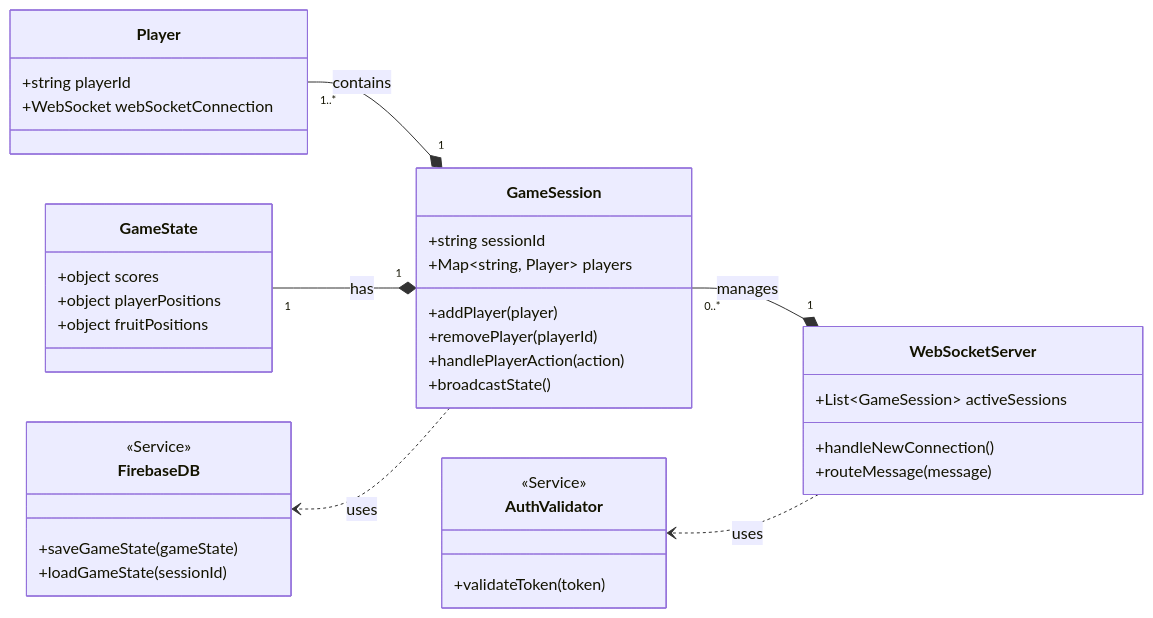
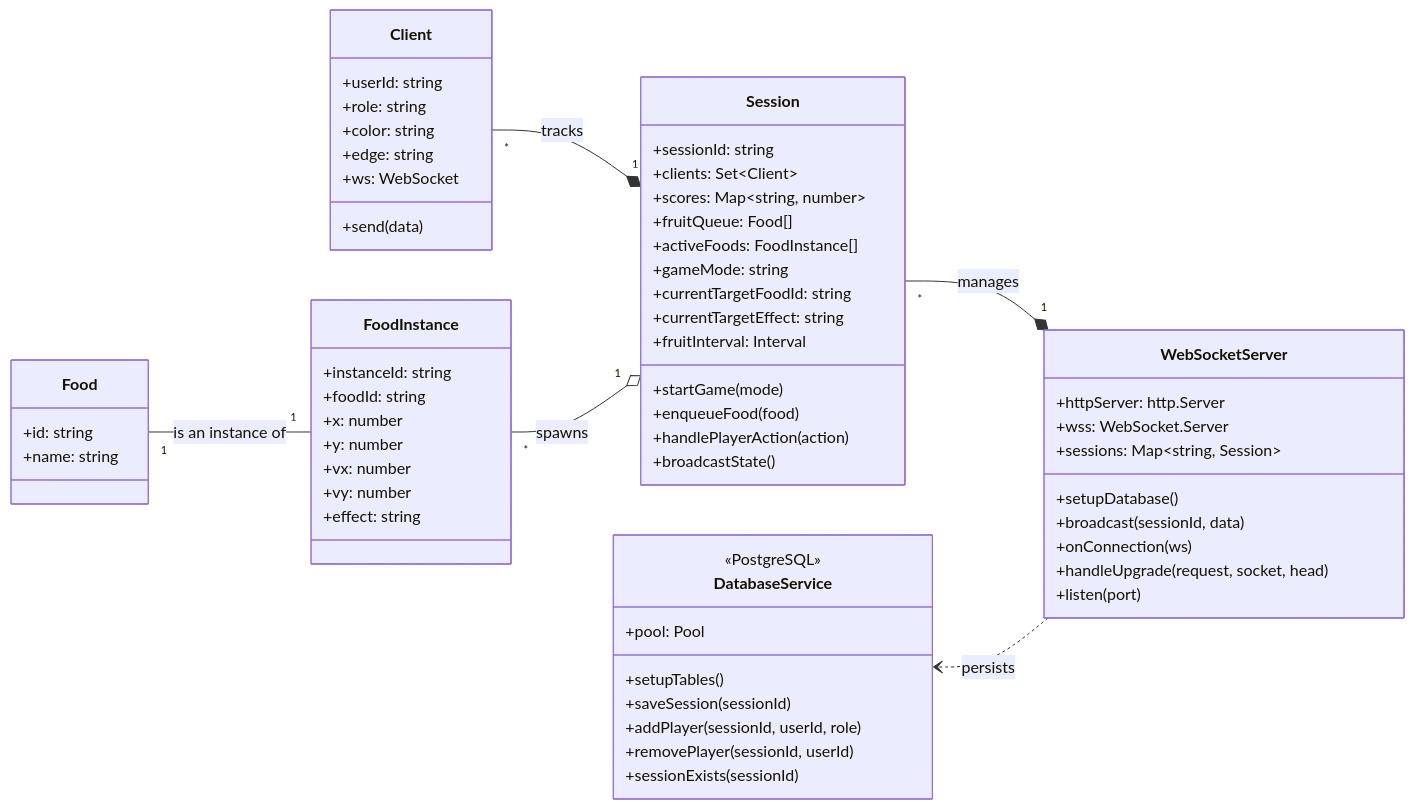
One commit to tug74295/project-acc-hungry-hippos changed the first of 2 diagrams in documentation/docs/system-architecture/class-diagrams.md. Above: the diagram before and after it, drawn with Mermaid. The commit also changed other lines of this file, not shown here.

Commit message:
update backend class diagram

````diff
--- a/documentation/docs/system-architecture/class-diagrams.md
+++ b/documentation/docs/system-architecture/class-diagrams.md
@@ -11,47 +9,71 @@
 ```mermaid
 classDiagram
     direction RL
 
     class WebSocketServer {
-        +List~GameSession~ activeSessions
-        +handleNewConnection()
-        +routeMessage(message)
+        +httpServer: http.Server
+        +wss: WebSocket.Server
+        +sessions: Map~string, Session~
+        +setupDatabase()
+        +broadcast(sessionId, data)
+        +onConnection(ws)
+        +handleUpgrade(request, socket, head)
+        +listen(port)
     }
 
-    class GameSession {
-        +string sessionId
-        +Map~string, Player~ players
-        +addPlayer(player)
-        +removePlayer(playerId)
+    class Session {
+        +sessionId: string
+        +clients: Set~Client~
+        +scores: Map~string, number~
+        +fruitQueue: Food[]
+        +activeFoods: FoodInstance[]
+        +gameMode: string
+        +currentTargetFoodId: string
+        +currentTargetEffect: string
+        +fruitInterval: Interval
+        +startGame(mode)
+        +enqueueFood(food)
         +handlePlayerAction(action)
         +broadcastState()
     }
 
-    class GameState {
-        +object scores
-        +object playerPositions
-        +object fruitPositions
+    class Client {
+        +userId: string
+        +role: string
+        +color: string
+        +edge: string
+        +ws: WebSocket
+        +send(data)
     }
 
-    class Player {
-        +string playerId
-        +WebSocket webSocketConnection
+    class Food {
+        +id: string
+        +name: string
     }
 
-    class FirebaseDB {
-        <<Service>>
-        +saveGameState(gameState)
-        +loadGameState(sessionId)
+    class FoodInstance {
+        +instanceId: string
+        +foodId: string
+        +x: number
+        +y: number
+        +vx: number
+        +vy: number
+        +effect: string
     }
 
-    class AuthValidator {
-        <<Service>>
-        +validateToken(token)
+    class DatabaseService {
+        <<PostgreSQL>>
+        +pool: Pool
+        +setupTables()
+        +saveSession(sessionId)
+        +addPlayer(sessionId, userId, role)
+        +removePlayer(sessionId, userId)
+        +sessionExists(sessionId)
     }
 
-    WebSocketServer "1" *-- "0..*" GameSession : manages
-    GameSession "1" *-- "1..*" Player : contains
-    GameSession "1" *-- "1" GameState : has
-    WebSocketServer ..> AuthValidator : uses
-    GameSession ..> FirebaseDB : uses
+    WebSocketServer "1" *-- "*" Session : manages
+    Session "1" *-- "*" Client : tracks
+    Session "1" o-- "*" FoodInstance : spawns
+    FoodInstance "1" -- "1" Food : is an instance of
+    WebSocketServer ..> DatabaseService : persists
 ```
````
